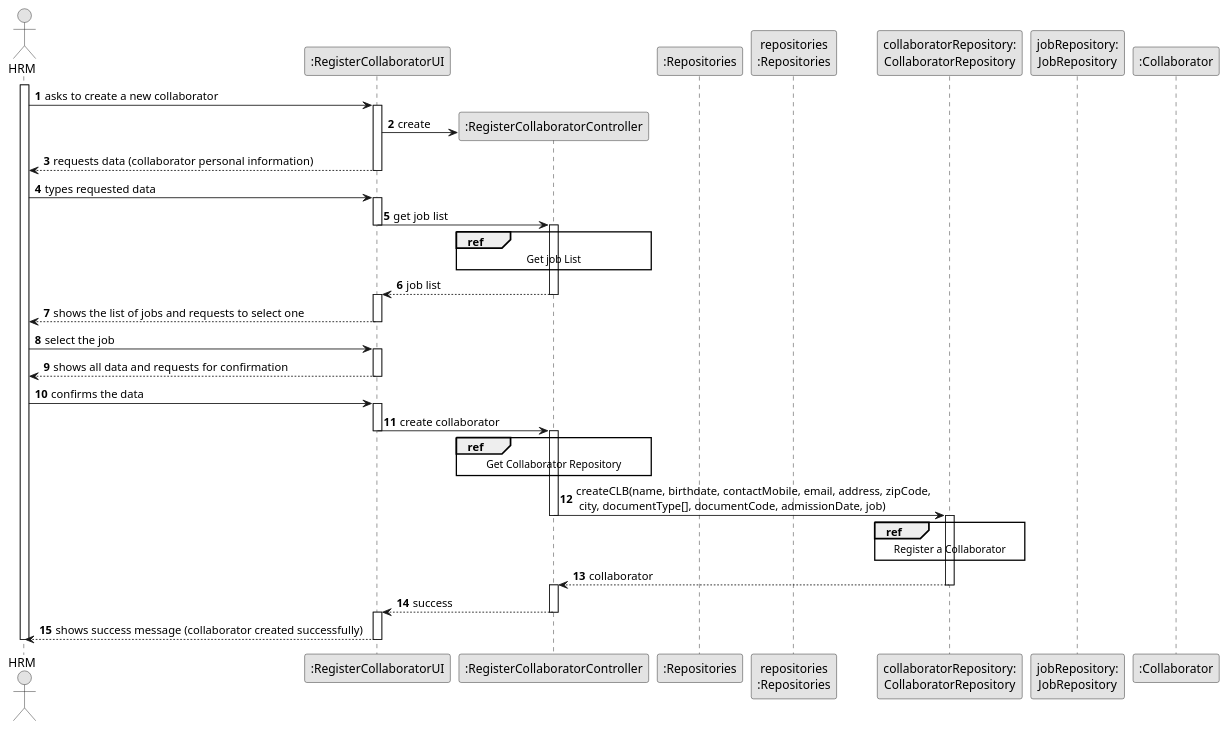
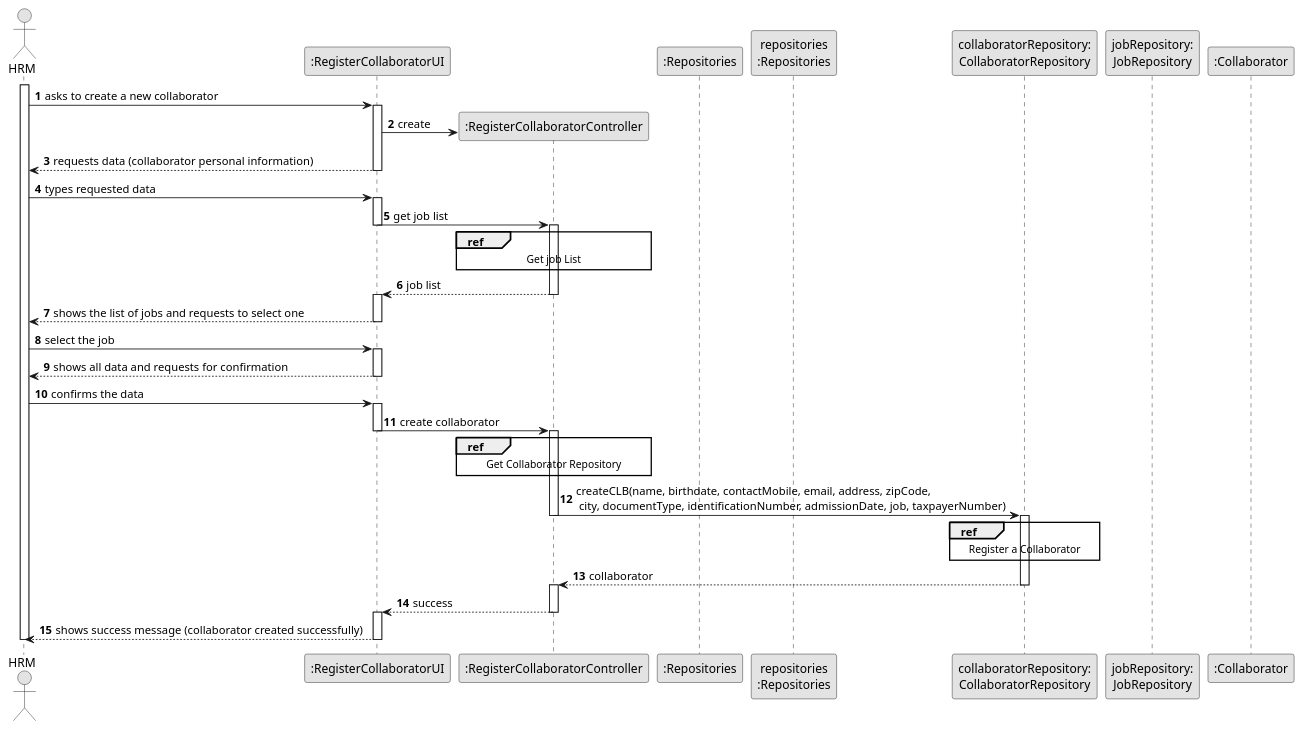
One commit to ricardomm7/leaflink changed the diagram in docs/sprintB/us003/03.design/puml/us003-sequence-diagram-split.puml. Above: the diagram before and after it, drawn with PlantUML. The commit also changed 6 other files, not shown here.

```diff
--- a/docs/sprintB/us003/03.design/puml/us003-sequence-diagram-split.puml
+++ b/docs/sprintB/us003/03.design/puml/us003-sequence-diagram-split.puml
@@ -1,95 +1,95 @@
 @startuml
 skinparam monochrome true
 skinparam packageStyle rectangle
 skinparam shadowing false
 
 autonumber
 
 actor "HRM" as HRM
 participant ":RegisterCollaboratorUI" as UI
 participant ":RegisterCollaboratorController" as CTRL
 participant ":Repositories" as GlobRepo
 participant "repositories\n:Repositories" as PLAT
 participant "collaboratorRepository:\nCollaboratorRepository" as CLBREP
 participant "jobRepository:\nJobRepository" as jobRepository
 participant ":Collaborator" as CLB
 
 
 activate HRM
 
 HRM -> UI : asks to create a new collaborator
 activate UI
 
 UI -> CTRL** : create
 
 UI --> HRM : requests data (collaborator personal information)
 deactivate UI
 
 HRM -> UI : types requested data
 activate UI
 
 UI -> CTRL: get job list
 deactivate UI
 
 activate CTRL
 
 ref over CTRL
 Get job List
 end ref
 
 
 
 deactivate jobRepository
 CTRL -->UI : job list
 deactivate CTRL
 activate UI
 
 UI --> HRM : shows the list of jobs and requests to select one
 deactivate UI
 
 
 HRM -> UI : select the job
 activate UI
 
 UI --> HRM: shows all data and requests for confirmation
 deactivate UI
 
 HRM -> UI: confirms the data
 activate UI
 
 UI -> CTRL : create collaborator
 deactivate UI
 activate CTRL
 
 ref over CTRL
 Get Collaborator Repository
 end ref
 
 
 
-CTRL -> CLBREP : createCLB(name, birthdate, contactMobile, email, address, zipCode,\n city, documentType[], documentCode, admissionDate, job)
+CTRL -> CLBREP : createCLB(name, birthdate, contactMobile, email, address, zipCode,\n city, documentType, identificationNumber, admissionDate, job, taxpayerNumber)
 deactivate CTRL
 
 activate CLBREP
 
 ref over CLBREP
 Register a Collaborator
 end ref
 
 
 
 
 CLBREP --> CTRL : collaborator
 deactivate CLBREP
 
 activate CTRL
 
 
 
 CTRL --> UI : success
 deactivate CTRL
 activate UI
 UI --> HRM : shows success message (collaborator created successfully)
 deactivate UI
 deactivate HRM
 @enduml
```
